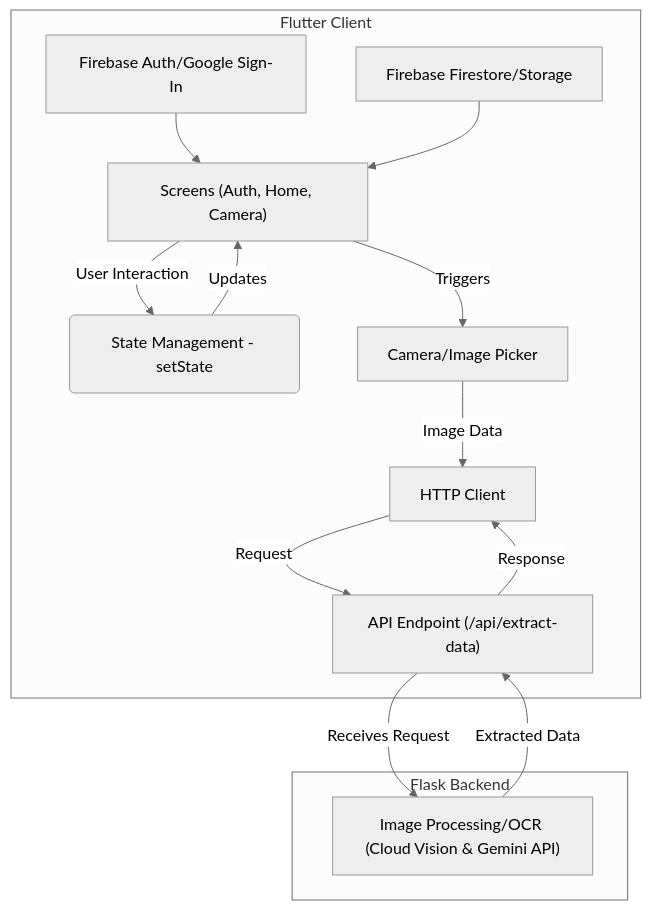
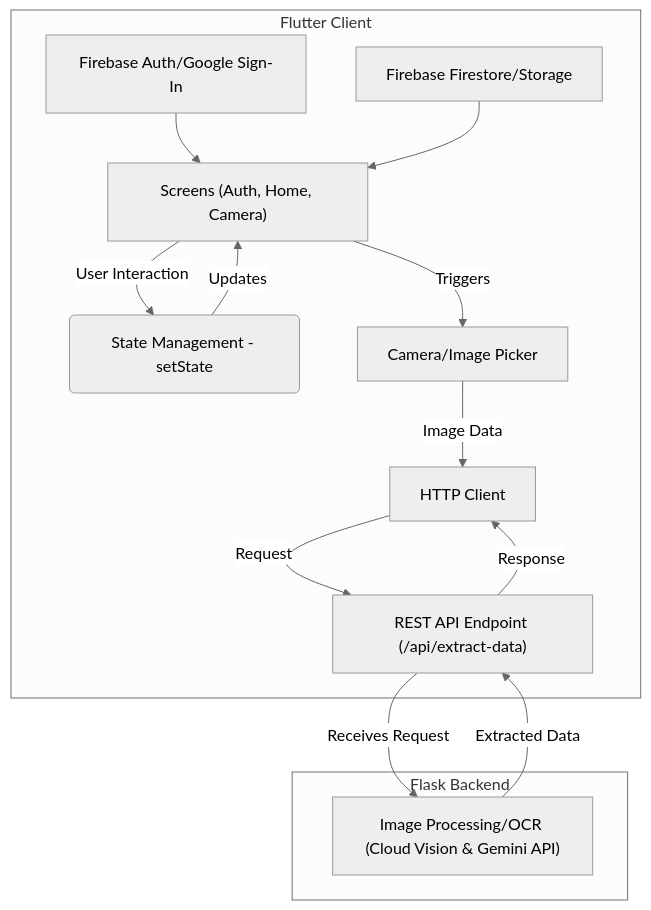
The diagram in app/articles/posts/vibe-coding-flutter-labelscan-lessons-learned.mdx (anthonycoffey/coffey.codes), drawn with Mermaid (neutral theme) before and after one commit.

````diff
--- a/app/articles/posts/vibe-coding-flutter-labelscan-lessons-learned.mdx
+++ b/app/articles/posts/vibe-coding-flutter-labelscan-lessons-learned.mdx
@@ -76,19 +76,19 @@
 ```mermaid
 graph TD
     subgraph Flutter Client
         UI["Screens (Auth, Home, Camera)"] -- User Interaction --> SM(State Management - setState);
         UI -- Triggers --> Cam[Camera/Image Picker];
         SM -- Updates --> UI;
         Cam -- Image Data --> API_Client[HTTP Client];
         API_Client -- Request --> BE;
         Auth[Firebase Auth/Google Sign-In] --> UI;
         Store[Firebase Firestore/Storage] --> UI;
     end
 
     subgraph Flask Backend
-        BE["API Endpoint (/api/extract-data)"] -- Receives Request --> OCR["Image Processing/OCR (Cloud Vision & Gemini API)"];
+        BE["REST API Endpoint (/api/extract-data)"] -- Receives Request --> OCR["Image Processing/OCR (Cloud Vision & Gemini API)"];
         OCR -- Extracted Data --> BE;
     end
 
     BE -- Response --> API_Client;
 ```
````
